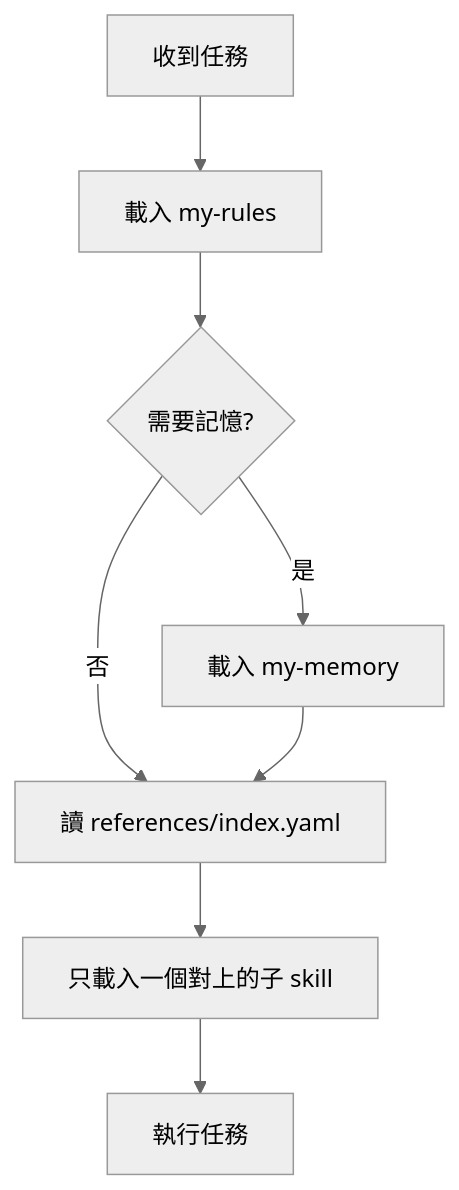
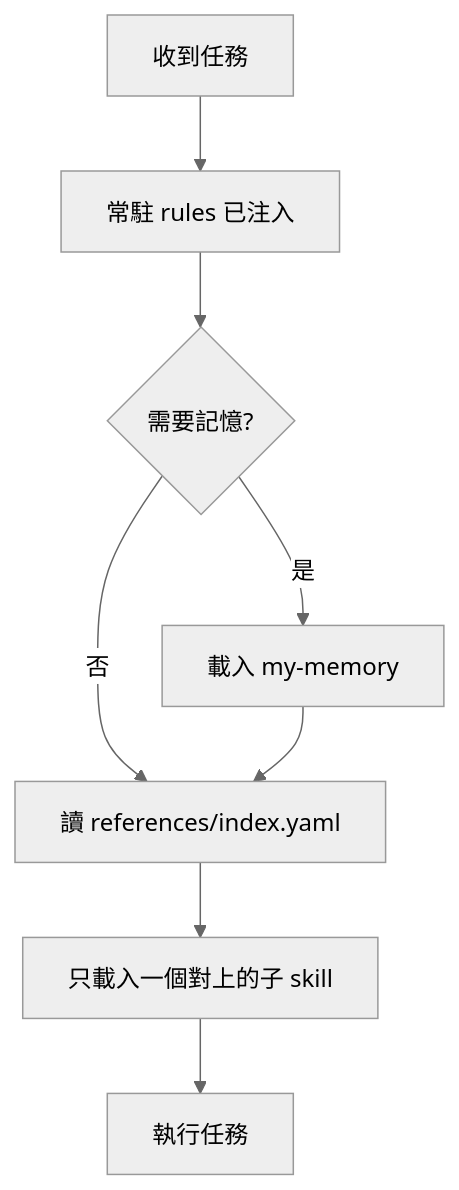
The diagram in .cursor/skills/my-workflow/SKILL.md (VECTOR-COOL/my-agent-toolkit), drawn with Mermaid (neutral theme) before and after one commit. The commit also changed other lines of this file and 72 other files, not shown here.

````diff
--- a/.cursor/skills/my-workflow/SKILL.md
+++ b/.cursor/skills/my-workflow/SKILL.md
@@ -10,10 +10,10 @@
 ```mermaid
 graph TD
-  Start[收到任務] --> Rules[載入 my-rules]
+  Start[收到任務] --> Rules[常駐 rules 已注入]
   Rules --> Mem{需要記憶?}
   Mem -->|是| Memory[載入 my-memory]
   Mem -->|否| Index[讀 references/index.yaml]
   Memory --> Index
   Index --> One[只載入一個對上的子 skill]
   One --> Work[執行任務]
 ```
````
